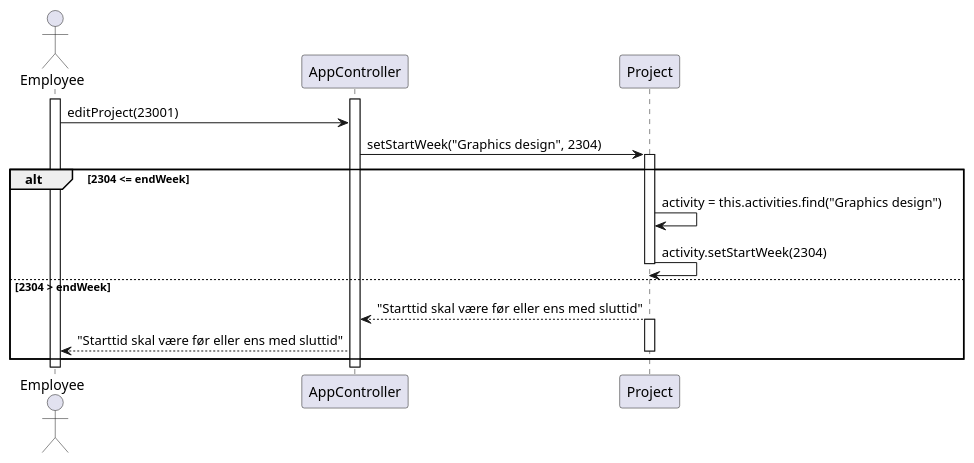
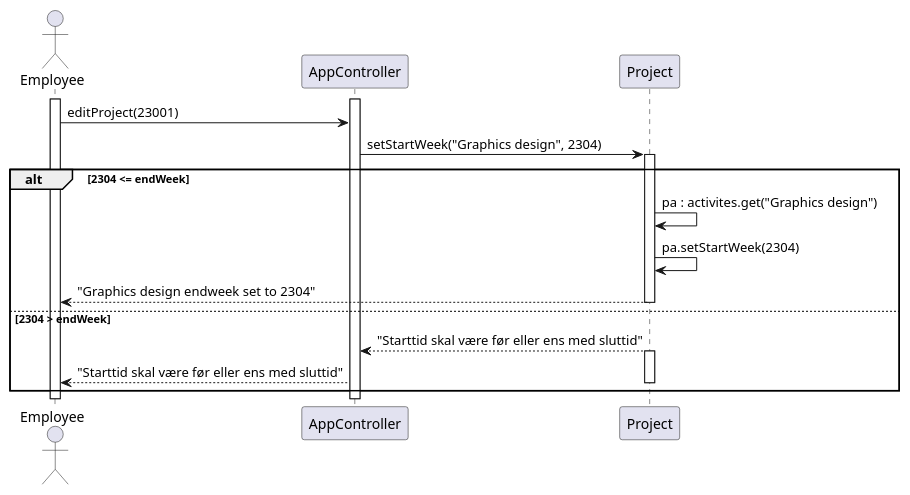
The diagram in RequirementsAndDesign/SequenceDiagrams/seq_create_activity_no_PL_case3.puml (rwiuff/02161ExamProject), drawn with PlantUML before and after one commit. The commit also changed 38 other files, not shown here.

Commit message:
Cleanup in graphics

```diff
--- a/RequirementsAndDesign/SequenceDiagrams/seq_create_activity_no_PL_case3.puml
+++ b/RequirementsAndDesign/SequenceDiagrams/seq_create_activity_no_PL_case3.puml
@@ -1,22 +1,23 @@
 @startuml createActivityNoPLCase3
 actor "Employee" as emp
 participant AppController as app
 participant Project as p
 
 activate emp
 
 activate app
 emp -> app : editProject(23001)
 app -> p : setStartWeek("Graphics design", 2304)
 activate p
 alt 2304 <= endWeek
-p -> p : activity = this.activities.find("Graphics design")
-p -> p : activity.setStartWeek(2304)
+p -> p : pa : activites.get("Graphics design")
+p -> p : pa.setStartWeek(2304)
+p --> emp : "Graphics design endweek set to 2304"
 else 2304 > endWeek
 deactivate p
 p --> app : "Starttid skal være før eller ens med sluttid"
 activate p
 app --> emp : "Starttid skal være før eller ens med sluttid"
 deactivate p
 end
 @enduml
```
